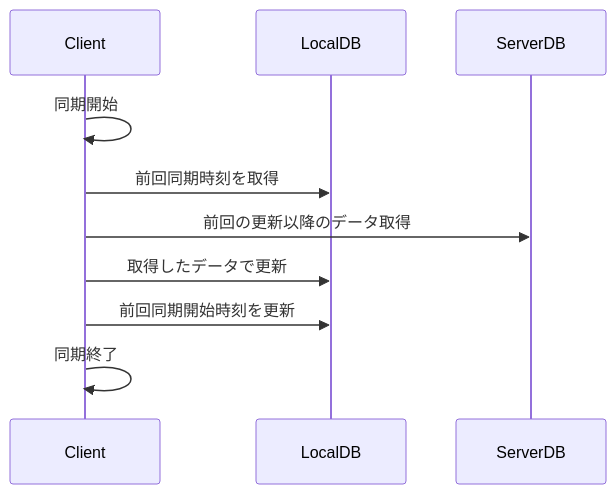
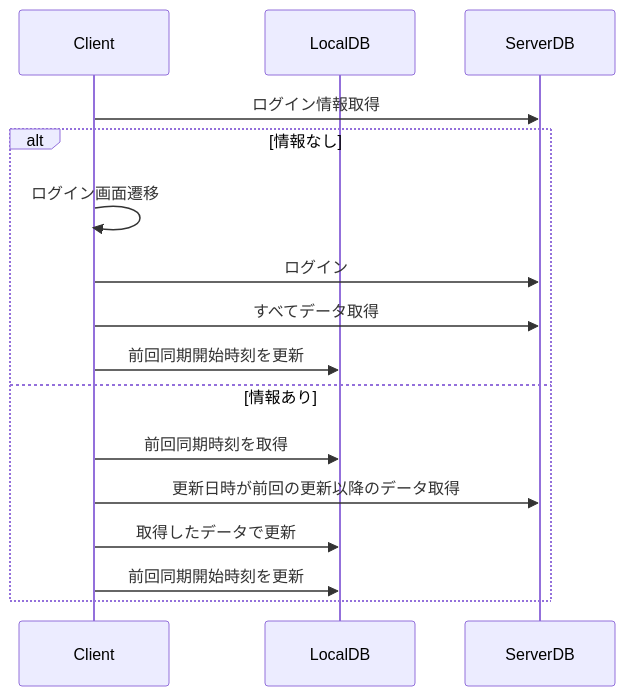
The first of 4 diagrams in doc/logic/db-sync-flow.md (skysan87/timeup-tools), drawn with Mermaid before and after one commit. The commit also changed other lines of this file, not shown here.

````diff
--- a/doc/logic/db-sync-flow.md
+++ b/doc/logic/db-sync-flow.md
@@ -18,13 +11,19 @@
 ```mermaid
 sequenceDiagram
   participant 1 as Client
   participant 2 as LocalDB
   participant 3 as ServerDB
 
-  1->>1: 同期開始
-  1->>2: 前回同期時刻を取得
-  1->>3: 前回の更新以降のデータ取得
-  1->>2: 取得したデータで更新
-  1->>2: 前回同期開始時刻を更新
-  1->>1: 同期終了
+  1->>3: ログイン情報取得
+  alt 情報なし
+    1->>1: ログイン画面遷移
+    1->>3: ログイン
+    1->>3: すべてデータ取得
+    1->>2: 前回同期開始時刻を更新
+  else 情報あり
+    1->>2: 前回同期時刻を取得
+    1->>3: 更新日時が前回の更新以降のデータ取得
+    1->>2: 取得したデータで更新
+    1->>2: 前回同期開始時刻を更新
+  end
 ```
````
